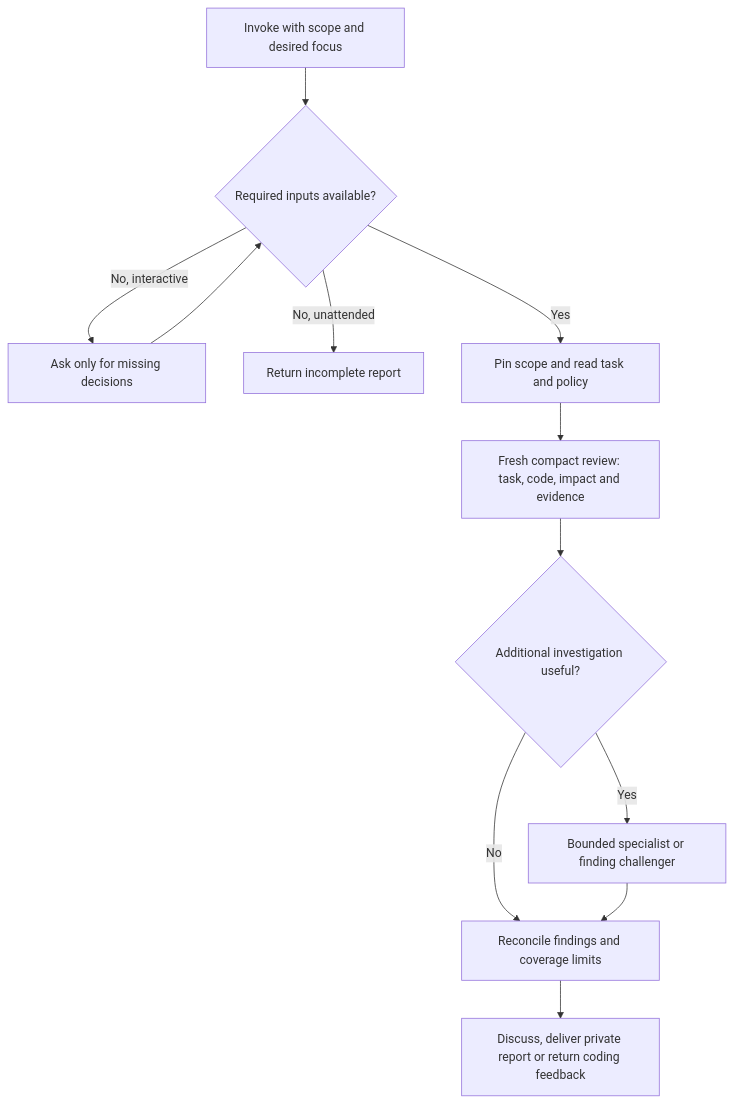
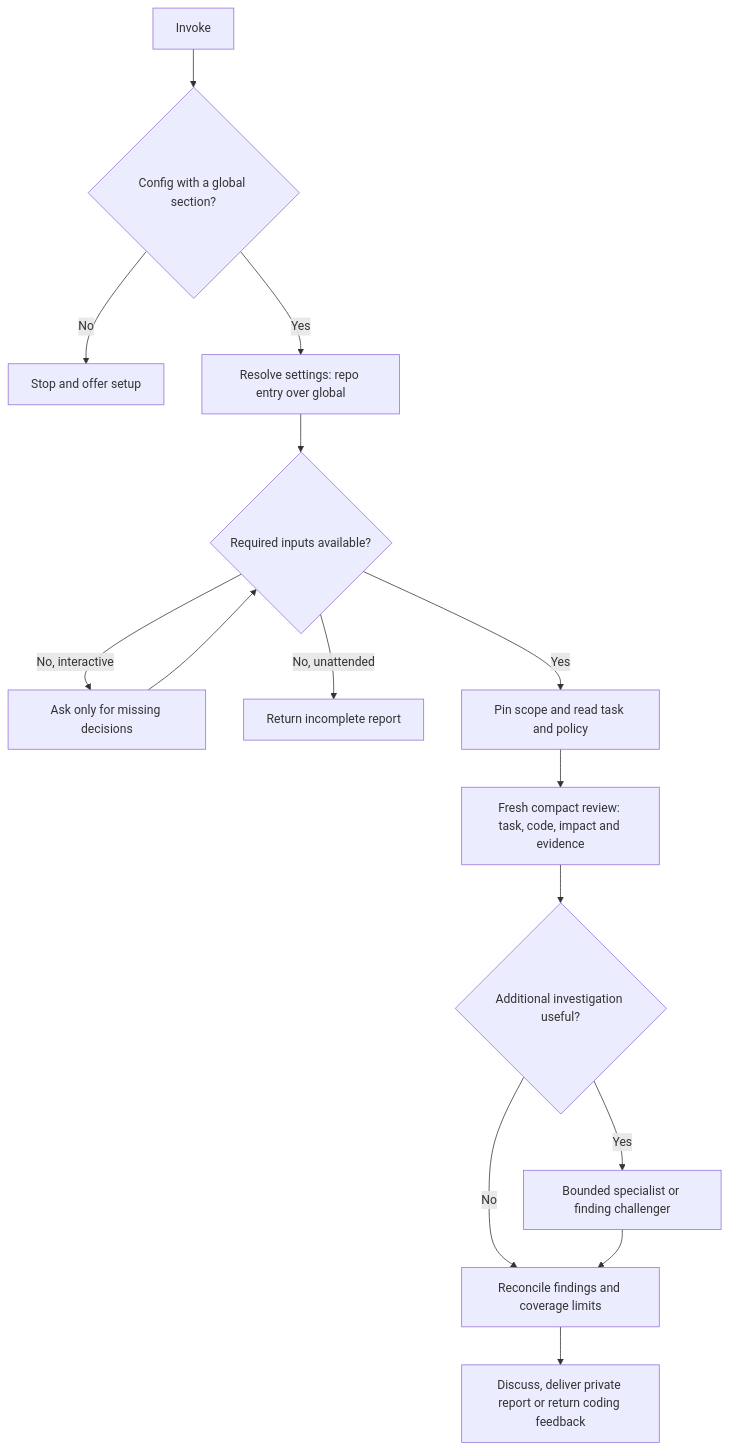
One commit to klases/luggage changed the diagram in personal/klases/skills/code-reviewer/README.md. Above: the diagram before and after it, drawn with Mermaid. The commit also changed other lines of this file and 14 other files, not shown here.

````diff
--- a/personal/klases/skills/code-reviewer/README.md
+++ b/personal/klases/skills/code-reviewer/README.md
@@ -88,14 +167,17 @@
 ```mermaid
 flowchart TD
-    A[Invoke with scope and desired focus] --> B{Required inputs available?}
+    S[Invoke] --> K{Config with a global section?}
+    K -->|No| Y[Stop and offer setup]
+    K -->|Yes| A[Resolve settings: repo entry over global]
+    A --> B{Required inputs available?}
     B -->|No, interactive| C[Ask only for missing decisions]
     C --> B
     B -->|No, unattended| X[Return incomplete report]
     B -->|Yes| D[Pin scope and read task and policy]
     D --> E[Fresh compact review: task, code, impact and evidence]
     E --> F{Additional investigation useful?}
     F -->|Yes| G[Bounded specialist or finding challenger]
     F -->|No| H[Reconcile findings and coverage limits]
     G --> H
     H --> I[Discuss, deliver private report or return coding feedback]
 ```
````
